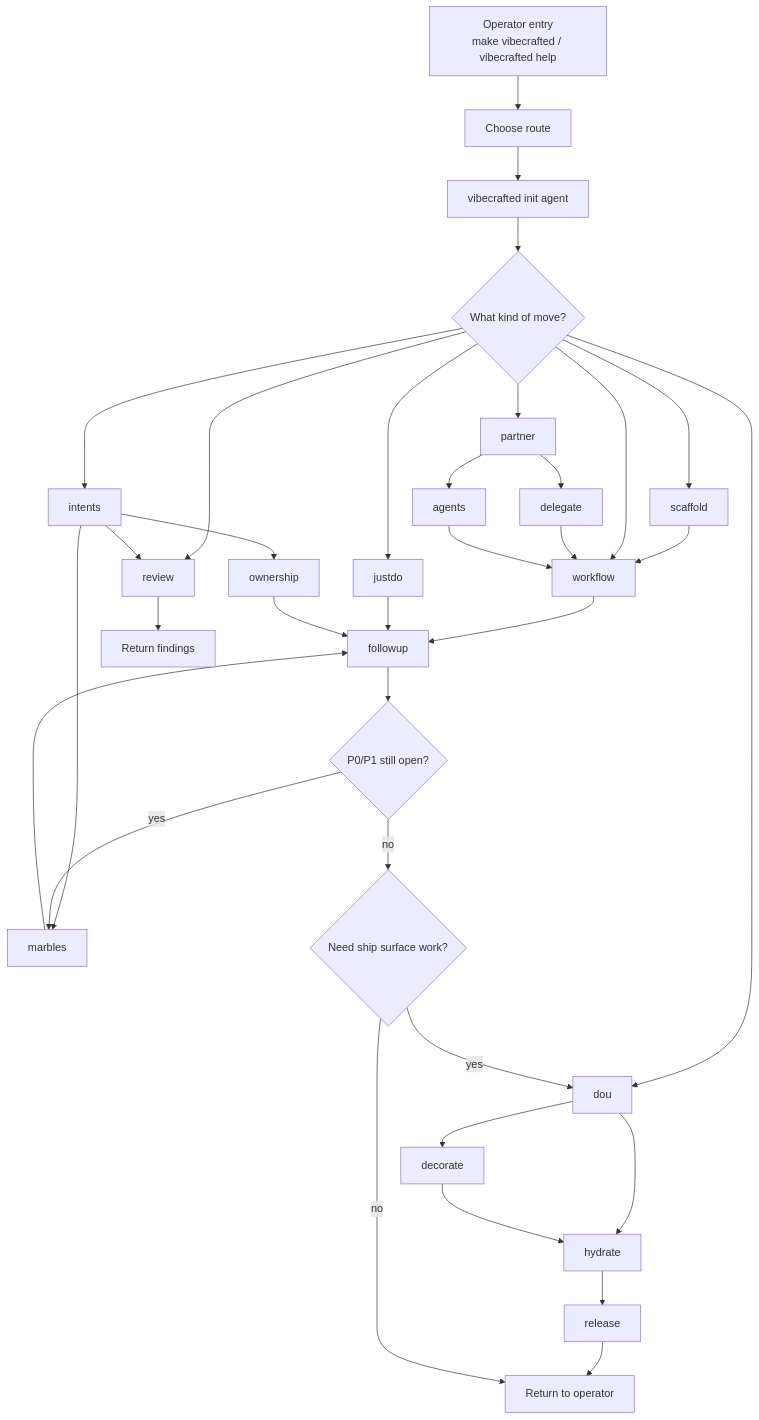
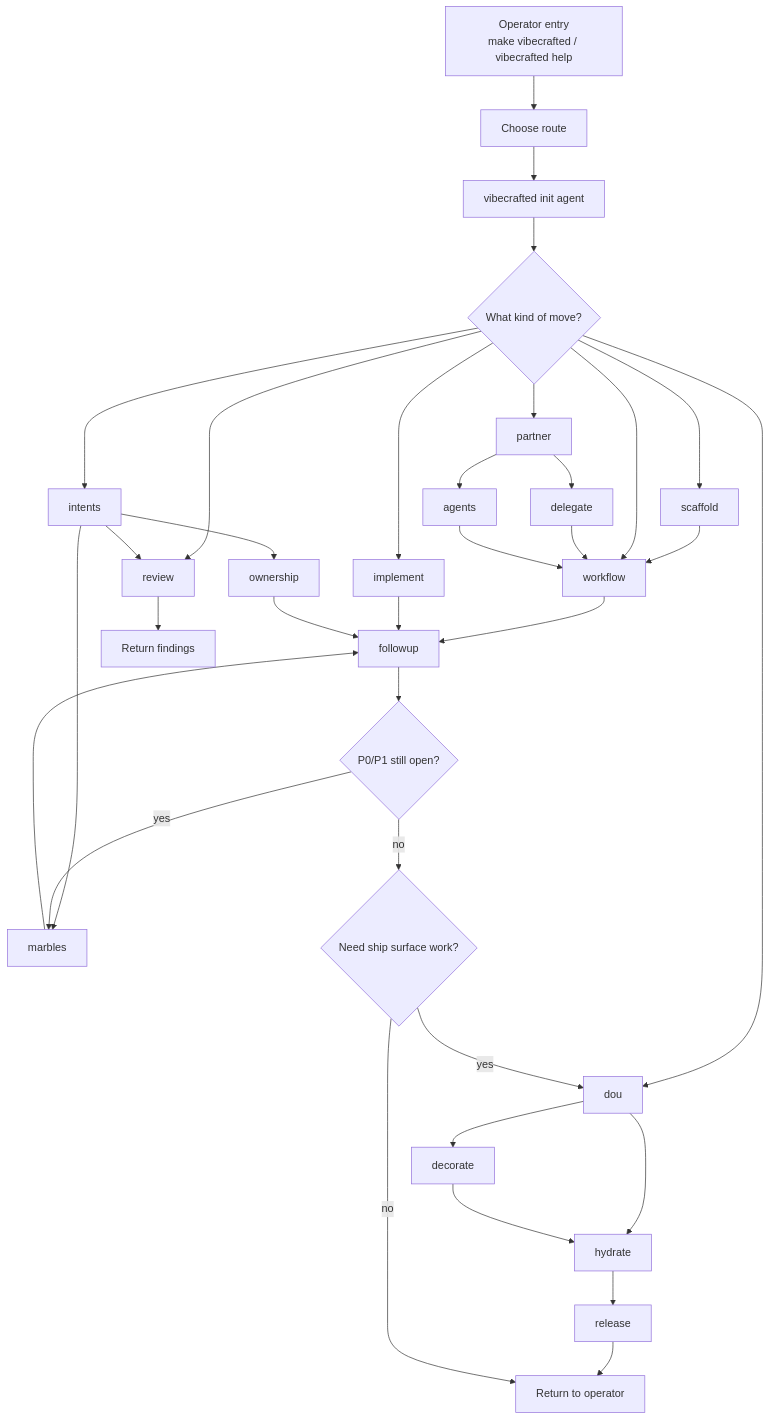
One commit to VetCoders/vibecrafted changed the diagram in docs/WORKFLOWS.md. Above: the diagram before and after it, drawn with Mermaid. The commit also changed other lines of this file and 27 other files, not shown here.

````diff
--- a/docs/WORKFLOWS.md
+++ b/docs/WORKFLOWS.md
@@ -18,44 +18,44 @@
 ```mermaid
 flowchart TD
     A[Operator entry<br/>make vibecrafted / vibecrafted help] --> B[Choose route]
     B --> C[vibecrafted init agent]
     C --> D{What kind of move?}
 
     D --> E[scaffold]
     E --> F[workflow]
 
     D --> F[workflow]
-    D --> G[justdo]
+    D --> G[implement]
     D --> H[partner]
     D --> I[intents]
     D --> J[review]
     D --> K[dou]
 
     H --> L[delegate]
     H --> M[agents]
     L --> F
     M --> F
 
     I --> J
     I --> N[ownership]
     I --> O[marbles]
 
     F --> P[followup]
     G --> P
     N --> P
 
     P --> Q{P0/P1 still open?}
     Q -->|yes| O[marbles]
     O --> P
     Q -->|no| R{Need ship surface work?}
 
     K --> S[hydrate]
     K --> T[decorate]
     R -->|yes| K
     T --> S
     S --> U[release]
 
     J --> V[Return findings]
     U --> W[Return to operator]
     R -->|no| W
 ```
````
